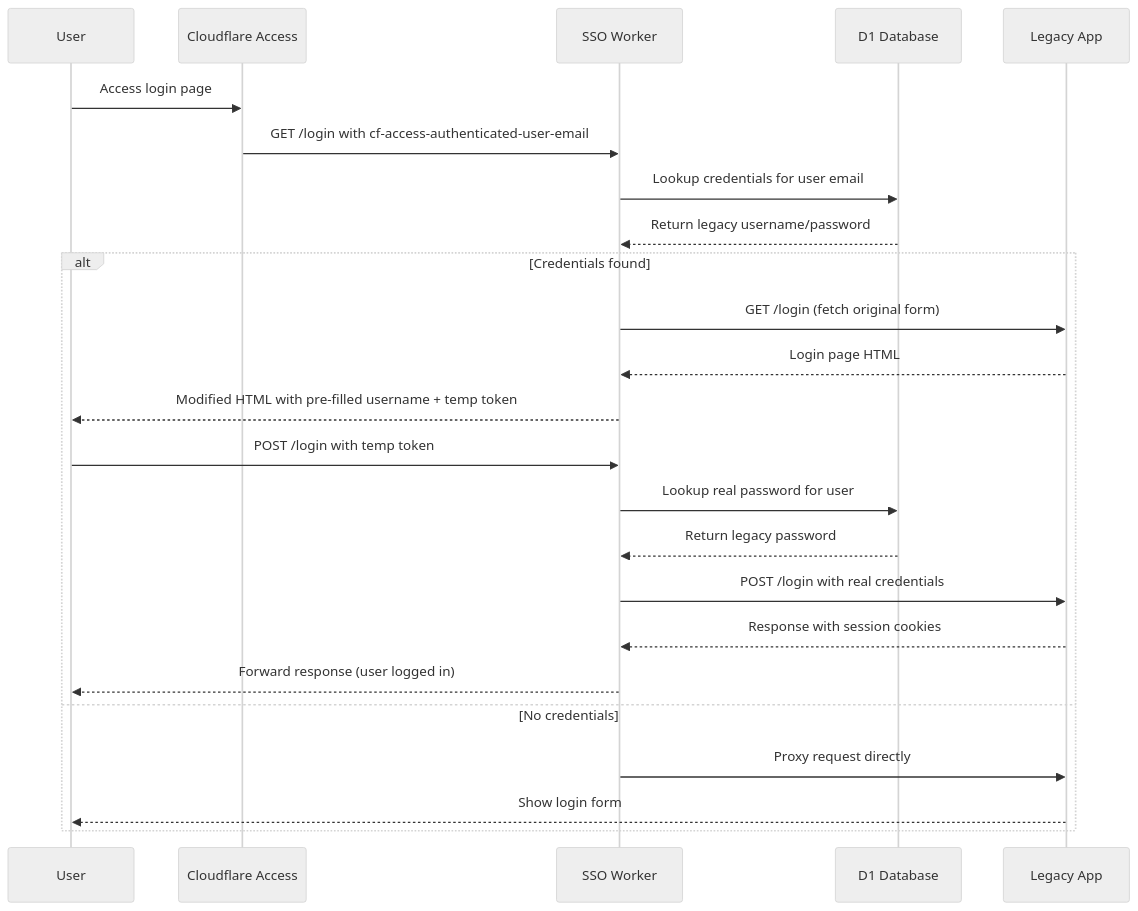
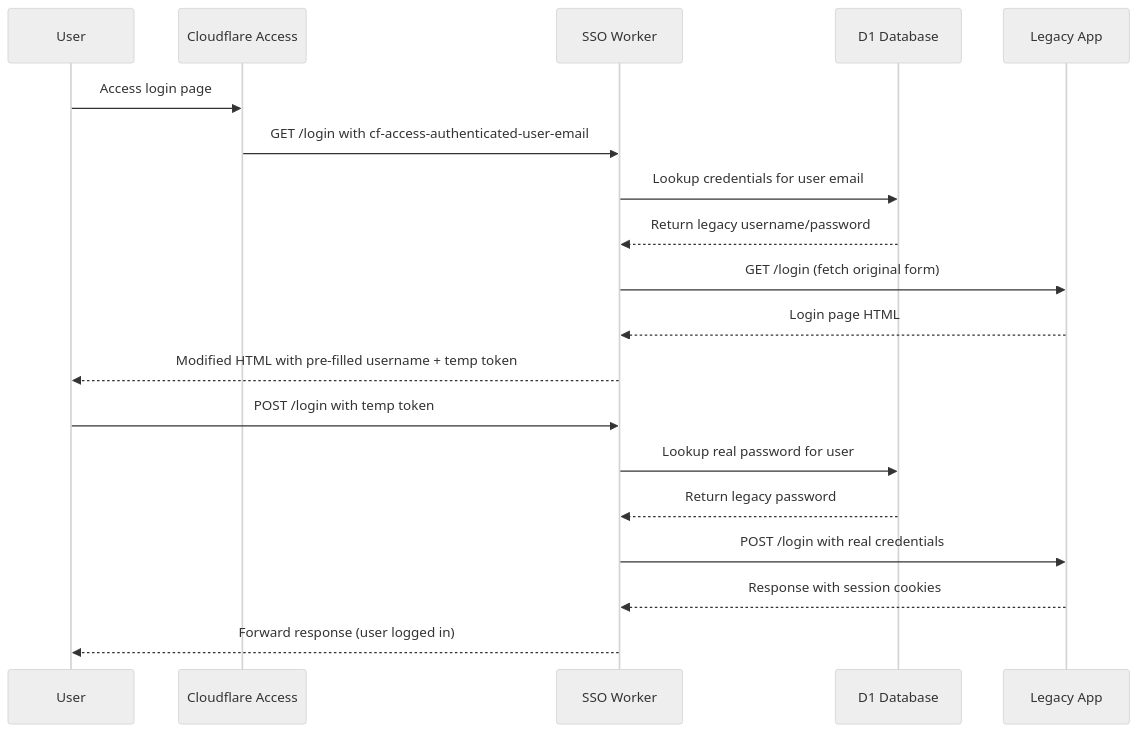
The second of 2 diagrams in README.md (michielappelman/workers-sso-auto-login), drawn with Mermaid (neutral theme) before and after one commit. The commit also changed other lines of this file, not shown here.

Commit message:
Simplify Mermaid diagrams by removing conditional flows
- Remove 'alt' blocks from both auto-login and non-auto-login diagrams
- Focus on the primary successful credential flows
- Makes diagrams cleaner and easier to understand

🤖 Generated with [Claude Code](https://claude.ai/code)

````diff
--- a/README.md
+++ b/README.md
@@ -63,28 +57,22 @@
 ```mermaid
 sequenceDiagram
     participant User
     participant CF as Cloudflare Access
     participant Worker as SSO Worker
     participant D1 as D1 Database
     participant Origin as Legacy App
 
     User->>CF: Access login page
     CF->>Worker: GET /login with cf-access-authenticated-user-email
     Worker->>D1: Lookup credentials for user email
     D1-->>Worker: Return legacy username/password
-    
-    alt Credentials found
-        Worker->>Origin: GET /login (fetch original form)
-        Origin-->>Worker: Login page HTML
-        Worker-->>User: Modified HTML with pre-filled username + temp token
-        User->>Worker: POST /login with temp token
-        Worker->>D1: Lookup real password for user
-        D1-->>Worker: Return legacy password
-        Worker->>Origin: POST /login with real credentials
-        Origin-->>Worker: Response with session cookies
-        Worker-->>User: Forward response (user logged in)
-    else No credentials
-        Worker->>Origin: Proxy request directly
-        Origin-->>User: Show login form
-    end
+    Worker->>Origin: GET /login (fetch original form)
+    Origin-->>Worker: Login page HTML
+    Worker-->>User: Modified HTML with pre-filled username + temp token
+    User->>Worker: POST /login with temp token
+    Worker->>D1: Lookup real password for user
+    D1-->>Worker: Return legacy password
+    Worker->>Origin: POST /login with real credentials
+    Origin-->>Worker: Response with session cookies
+    Worker-->>User: Forward response (user logged in)
 ```
````
